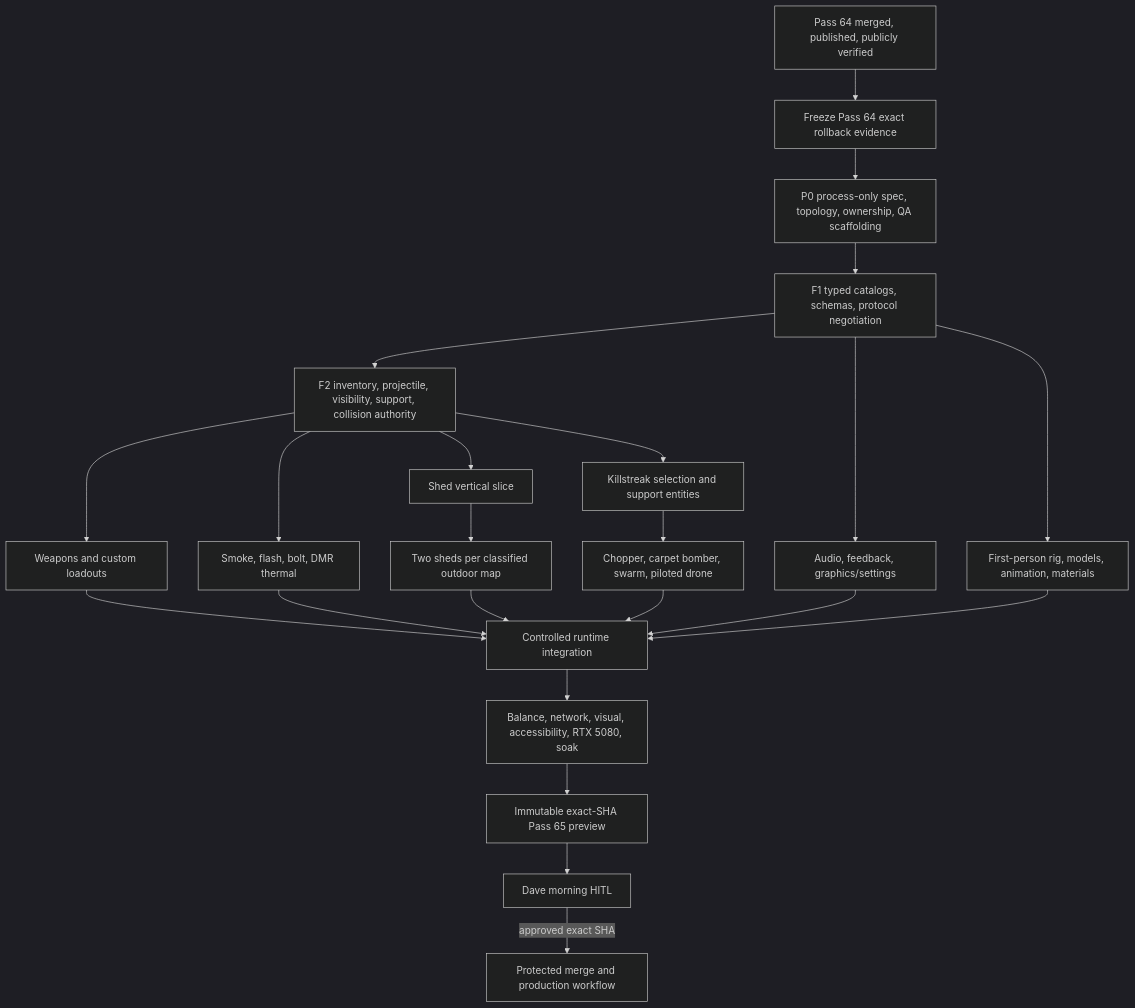
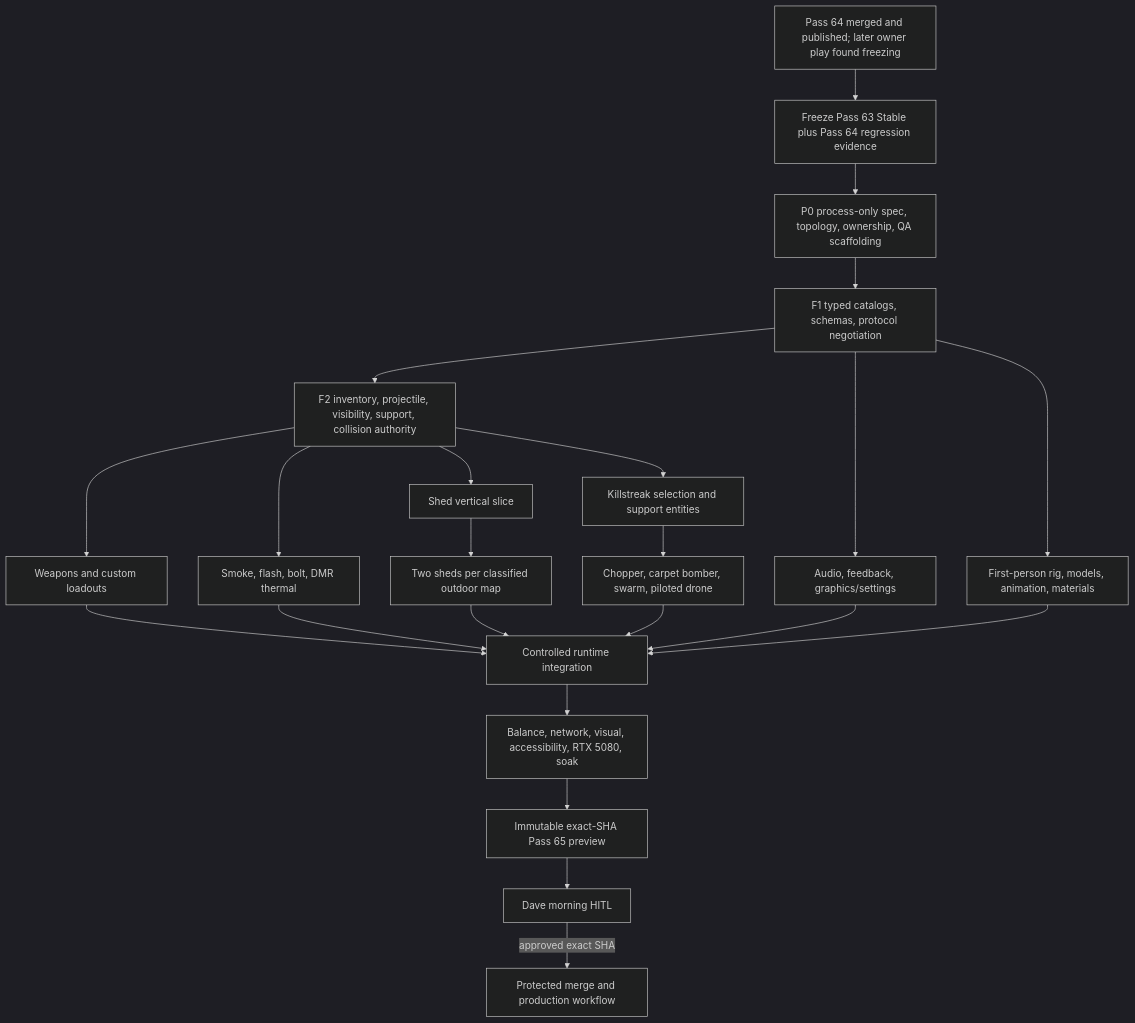
One commit to daveinturkey15-byte/atomic-acres-browser-arena changed the second of 2 diagrams in docs/PASS65_BIG_ONE_MASTER_PLAN.md. Above: the diagram before and after it, drawn with Mermaid (dark theme). The commit also changed other lines of this file and 8 other files, not shown here.

Commit message:
docs(pass65): freeze owner decisions and stable topology

````diff
--- a/docs/PASS65_BIG_ONE_MASTER_PLAN.md
+++ b/docs/PASS65_BIG_ONE_MASTER_PLAN.md
@@ -417,25 +416,25 @@
 ```mermaid
 flowchart TD
-  P64["Pass 64 merged, published, publicly verified"] --> Freeze["Freeze Pass 64 exact rollback evidence"]
+  P64["Pass 64 merged and published; later owner play found freezing"] --> Freeze["Freeze Pass 63 Stable plus Pass 64 regression evidence"]
   Freeze --> P0["P0 process-only spec, topology, ownership, QA scaffolding"]
   P0 --> F1["F1 typed catalogs, schemas, protocol negotiation"]
   F1 --> F2["F2 inventory, projectile, visibility, support, collision authority"]
   F2 --> W["Weapons and custom loadouts"]
   F2 --> O["Smoke, flash, bolt, DMR thermal"]
   F2 --> S["Shed vertical slice"]
   F2 --> K["Killstreak selection and support entities"]
   F1 --> A["Audio, feedback, graphics/settings"]
   F1 --> V["First-person rig, models, animation, materials"]
   K --> Nav["Chopper, carpet bomber, swarm, piloted drone"]
   S --> Maps["Two sheds per classified outdoor map"]
   W --> Integration["Controlled runtime integration"]
   O --> Integration
   A --> Integration
   V --> Integration
   Nav --> Integration
   Maps --> Integration
   Integration --> QA["Balance, network, visual, accessibility, RTX 5080, soak"]
   QA --> Preview["Immutable exact-SHA Pass 65 preview"]
   Preview --> HITL["Dave morning HITL"]
   HITL -->|approved exact SHA| Promote["Protected merge and production workflow"]
 ```
````
